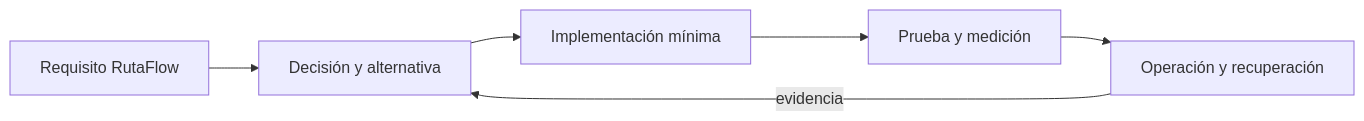
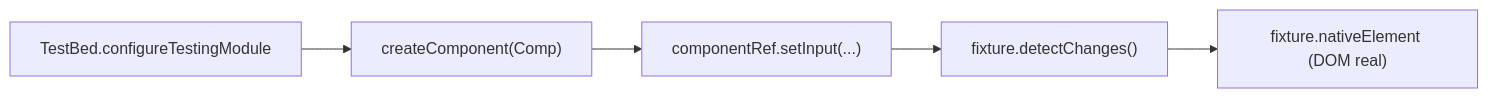
One commit to NICORUIZ93/Academia_Floci changed the first of 4 diagrams in web/public/content/angular/modulo-15.md. Above: the diagram before and after it, drawn with Mermaid. The commit also changed other lines of this file, not shown here.

````diff
--- a/web/public/content/angular/modulo-15.md
+++ b/web/public/content/angular/modulo-15.md
@@ -22,8 +30,7 @@
 ```mermaid
 flowchart LR
-  A[Requisito RutaFlow] --> B[Decisión y alternativa]
-  B --> C[Implementación mínima]
-  C --> D[Prueba y medición]
-  D --> E[Operación y recuperación]
-  E -->|evidencia| B
+  A["TestBed.configureTestingModule"] --> B["createComponent(Comp)"]
+  B --> C["componentRef.setInput(...)"]
+  C --> D["fixture.detectChanges()"]
+  D --> E["fixture.nativeElement (DOM real)"]
 ```
````
